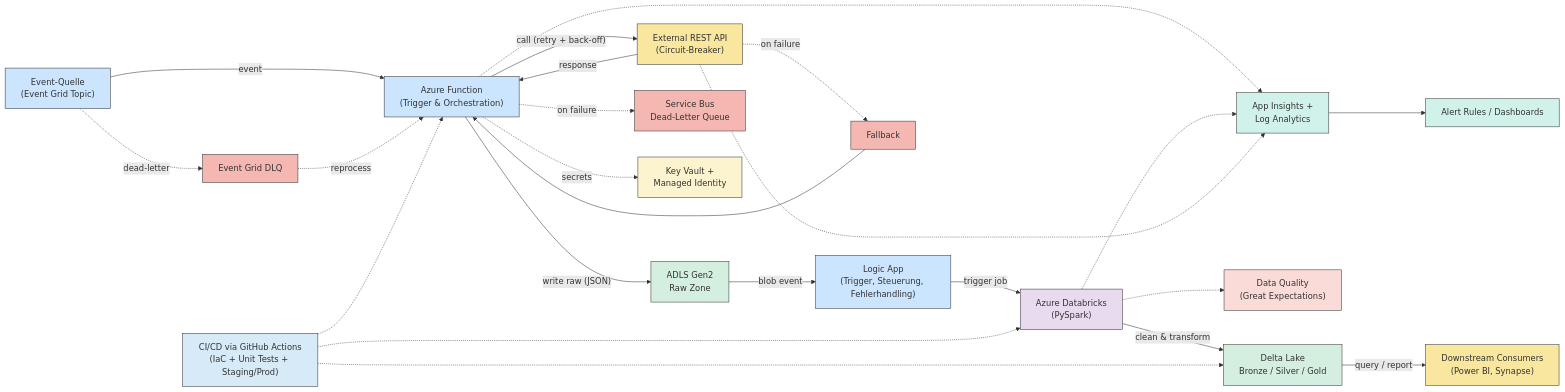
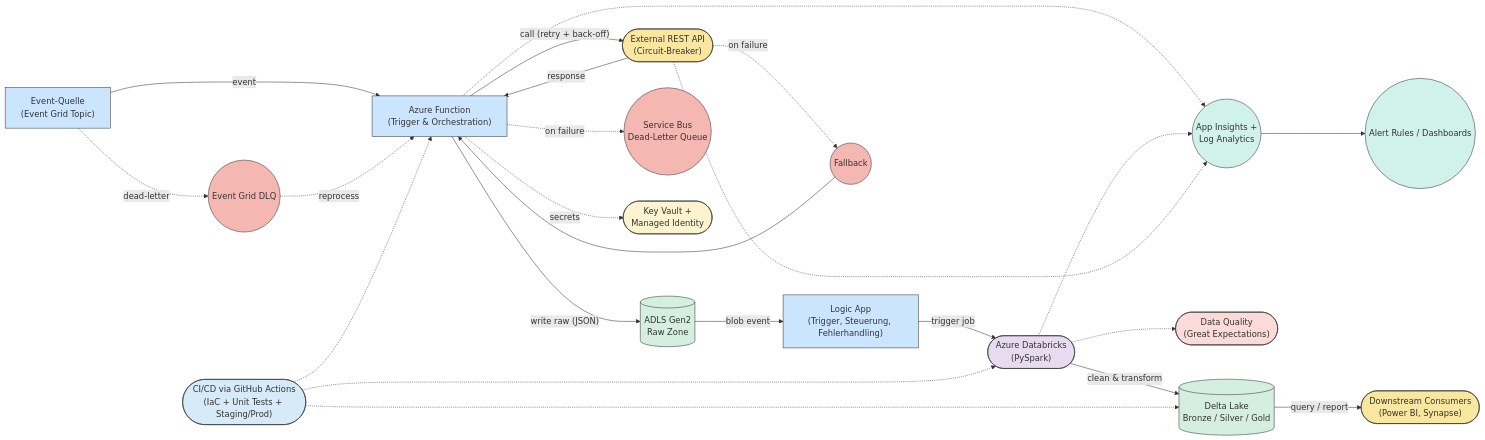
One commit to prosenkr/event-driven-api-to-databricks changed the diagram in README.md. Above: the diagram before and after it, drawn with Mermaid. The commit also changed other lines of this file, not shown here.

````diff
--- a/README.md
+++ b/README.md
@@ -4,17 +4,17 @@
     %% ---------- Kernpfad ----------
     E["Event-Quelle<br/>(Event Grid Topic)"]
     F["Azure Function<br/>(Trigger & Orchestration)"]
-    API["External REST API<br/>(Circuit-Breaker)"]
-    RAW["ADLS Gen2<br/>Raw Zone"]
+    API(["External REST API<br/>(Circuit-Breaker)"])
+    RAW[(ADLS Gen2<br/>Raw Zone)]
     LOGIC["Logic App<br/>(Trigger, Steuerung, Fehlerhandling)"]
-    DBX["Azure Databricks<br/>(PySpark)"]
-    DL["Delta Lake<br/>Bronze / Silver / Gold"]
-    CONS["Downstream Consumers<br/>(Power BI, Synapse)"]
+    DBX(["Azure Databricks<br/>(PySpark)"])
+    DL[(Delta Lake<br/>Bronze / Silver / Gold)]
+    CONS(["Downstream Consumers<br/>(Power BI, Synapse)"])
 
     E -->|event| F
     F -->|"call (retry + back-off)"| API
     API -->|response| F
-    API -.->|on failure| Fallback
+    API -.->|on failure| Fallback((Fallback))
     Fallback --> F
     F -->|"write raw (JSON)"| RAW
     RAW -->|"blob event"| LOGIC
@@ -23,24 +23,24 @@
     DL -->|"query / report"| CONS
 
     %% ---------- Fehler- & Retry-Pfade ----------
-    DLQ["Service Bus<br/>Dead-Letter Queue"]
+    DLQ((Service Bus<br/>Dead-Letter Queue))
     F -.->|on failure| DLQ
 
-    EGDLQ["Event Grid DLQ"]
+    EGDLQ((Event Grid DLQ))
     E -.->|dead-letter| EGDLQ
     EGDLQ -.->|reprocess| F
 
     %% ---------- Security / Governance ----------
-    KV["Key Vault +<br/>Managed Identity"]
+    KV(["Key Vault +<br/>Managed Identity"])
     F -.->|secrets| KV
 
     %% ---------- Data Quality ----------
-    DQ["Data Quality<br/>(Great Expectations)"]
+    DQ(["Data Quality<br/>(Great Expectations)"])
     DBX -.-> DQ
 
     %% ---------- Monitoring & Alerting ----------
-    MON["App Insights +<br/>Log Analytics"]
-    ALERTS["Alert Rules / Dashboards"]
+    MON((App Insights +<br/>Log Analytics))
+    ALERTS((Alert Rules / Dashboards))
 
     F -.-> MON
     DBX -.-> MON
@@ -48,7 +48,7 @@
     MON --> ALERTS
 
     %% ---------- CI / CD ----------
-    CI["CI/CD via GitHub Actions<br/>(IaC + Unit Tests + Staging/Prod)"]
+    CI(["CI/CD via GitHub Actions<br/>(IaC + Unit Tests + Staging/Prod)"])
     CI -.-> F
     CI -.-> DBX
     CI -.-> DL
@@ -78,14 +78,4 @@
     style Fallback fill:#f5b7b1,stroke:#333,stroke-width:1px
 
     style CI fill:#d6eaf8,stroke:#333,stroke-width:1px
-
-    classDef eventstyle fill:#cce5ff,stroke:#333,stroke-width:1px
-    classDef externalstyle fill:#f9e79f,stroke:#333,stroke-width:1px
-    classDef storagestyle fill:#d4efdf,stroke:#333,stroke-width:1px
-    classDef processingstyle fill:#e8daef,stroke:#333,stroke-width:1px
-    classDef monitorstyle fill:#d1f2eb,stroke:#333,stroke-width:1px
-    classDef secstyle fill:#fcf3cf,stroke:#333,stroke-width:1px
-    classDef errorstyle fill:#f5b7b1,stroke:#333,stroke-width:1px
-    classDef cicdstyle fill:#d6eaf8,stroke:#333,stroke-width:1px
-    classDef dqstyle fill:#fadbd8,stroke:#333,stroke-width:1px
 ```
````
